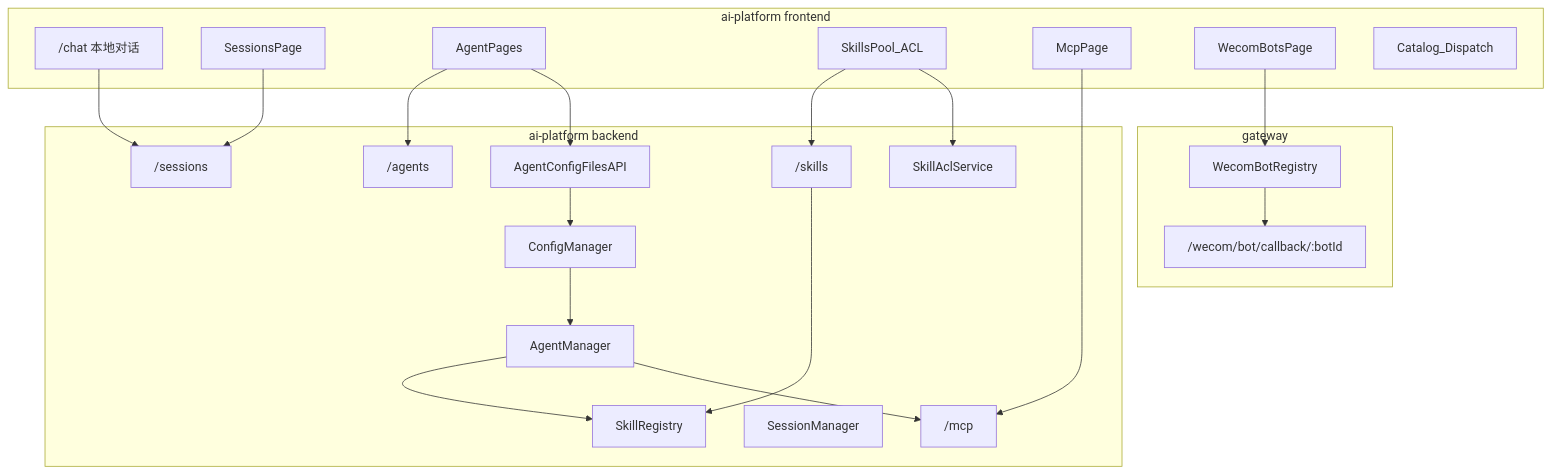
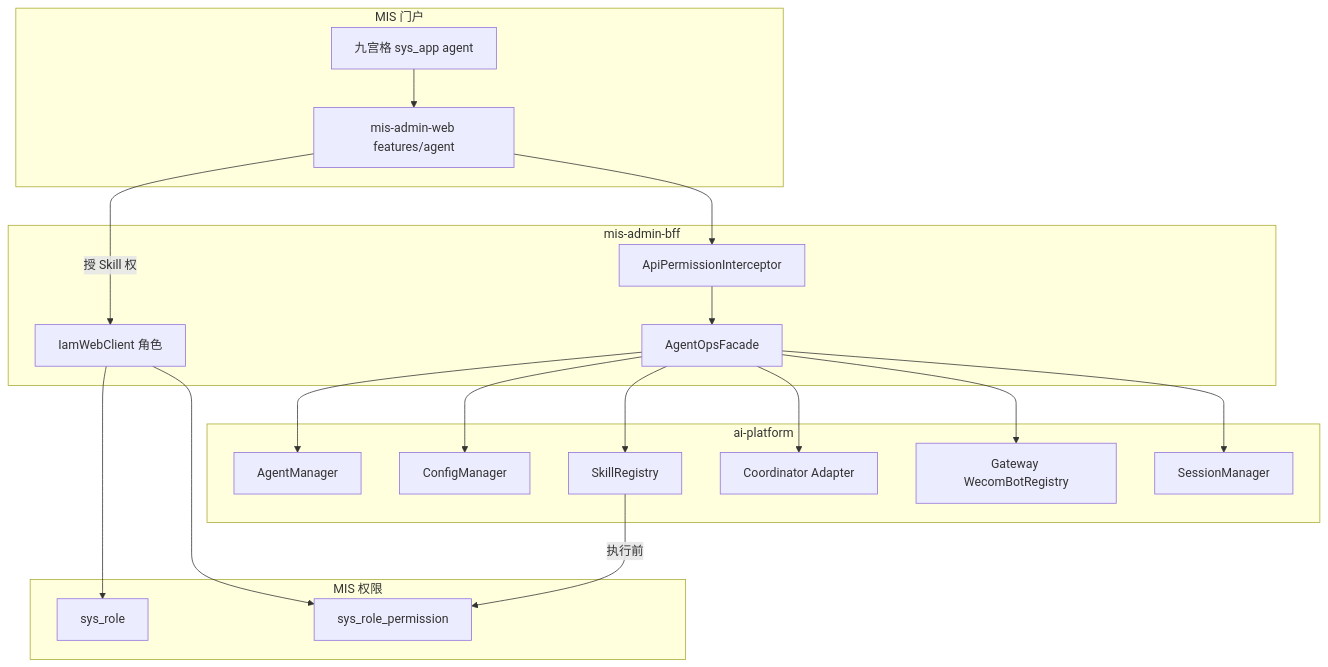
The diagram in docs/ai-fusion/agent-ops-console/architecture.md (13961588612/mis-platform), drawn with Mermaid before and after one commit. The commit also changed other lines of this file and 6 other files, not shown here.

First line of the commit message:
docs(agent-ops): 智能体运营控制台 PRD/架构/ADR/Spec/UI

````diff
--- a/docs/ai-fusion/agent-ops-console/architecture.md
+++ b/docs/ai-fusion/agent-ops-console/architecture.md
@@ -28,45 +24,34 @@
 ```mermaid
 flowchart TB
-  subgraph fe [ai-platform frontend]
-    Chat["/chat 本地对话"]
-    Sessions[SessionsPage]
-    Agents[AgentPages]
-    Skills[SkillsPool_ACL]
-    Mcp[McpPage]
-    Wecom[WecomBotsPage]
-    Catalog[Catalog_Dispatch]
+  subgraph portal [MIS 门户]
+    Grid[九宫格 sys_app agent]
+    Shell[mis-admin-web features/agent]
   end
 
-  subgraph be [ai-platform backend]
-    AgentAPI["/agents"]
-    SkillAPI["/skills"]
-    SkillAcl[SkillAclService]
-    McpAPI["/mcp"]
-    SessAPI["/sessions"]
-    ConfigAPI[AgentConfigFilesAPI]
-    CM[ConfigManager]
-    AM[AgentManager]
-    SM[SessionManager]
-    SR[SkillRegistry]
+  subgraph bff [mis-admin-bff]
+    Facade[AgentOpsFacade]
+    Perm[ApiPermissionInterceptor]
+    Iam[IamWebClient 角色]
   end
 
-  subgraph gw [gateway]
-    BotReg[WecomBotRegistry]
-    Callback["/wecom/bot/callback/:botId"]
+  subgraph runtime [ai-platform]
+    AM[AgentManager]
+    CM[ConfigManager]
+    SR[SkillRegistry]
+    CW[Coordinator Adapter]
+    GW[Gateway WecomBotRegistry]
+    SM[SessionManager]
   end
 
-  Chat --> SessAPI
-  Sessions --> SessAPI
-  Agents --> AgentAPI
-  Agents --> ConfigAPI
-  Skills --> SkillAPI
-  Skills --> SkillAcl
-  Mcp --> McpAPI
-  Wecom --> BotReg
-  ConfigAPI --> CM
-  CM --> AM
-  SkillAPI --> SR
-  BotReg --> Callback
-  AM --> SR
-  AM --> McpAPI
+  subgraph mis [MIS 权限]
+    Role[sys_role]
+    RP[sys_role_permission]
+  end
+
+  Grid --> Shell
+  Shell --> Perm --> Facade
+  Facade --> AM & CM & SR & CW & GW & SM
+  Shell -->|授 Skill 权| Iam
+  Iam --> Role & RP
+  SR -->|执行前| RP
 ```
````
